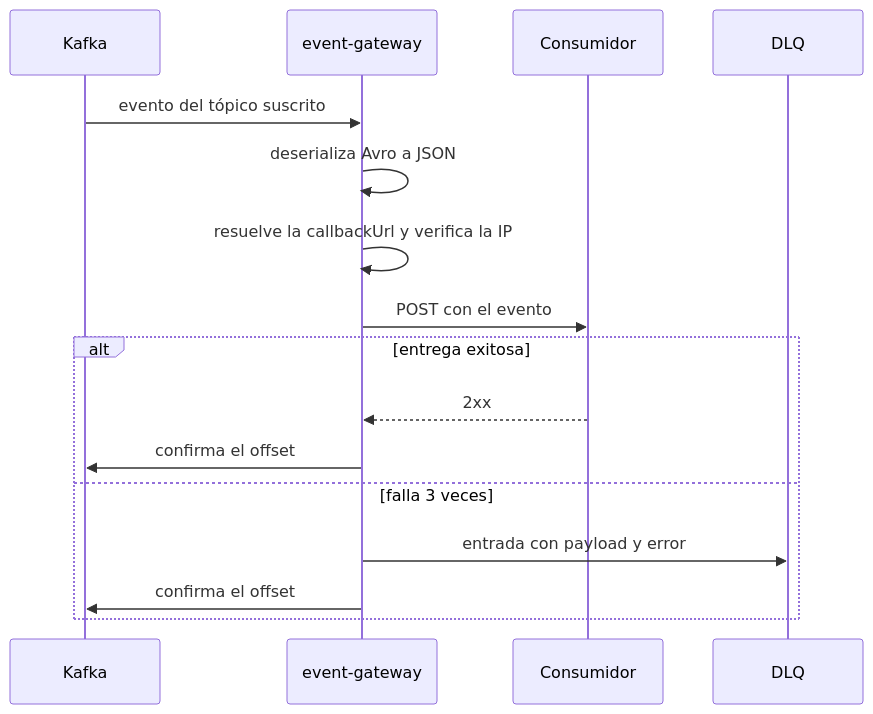
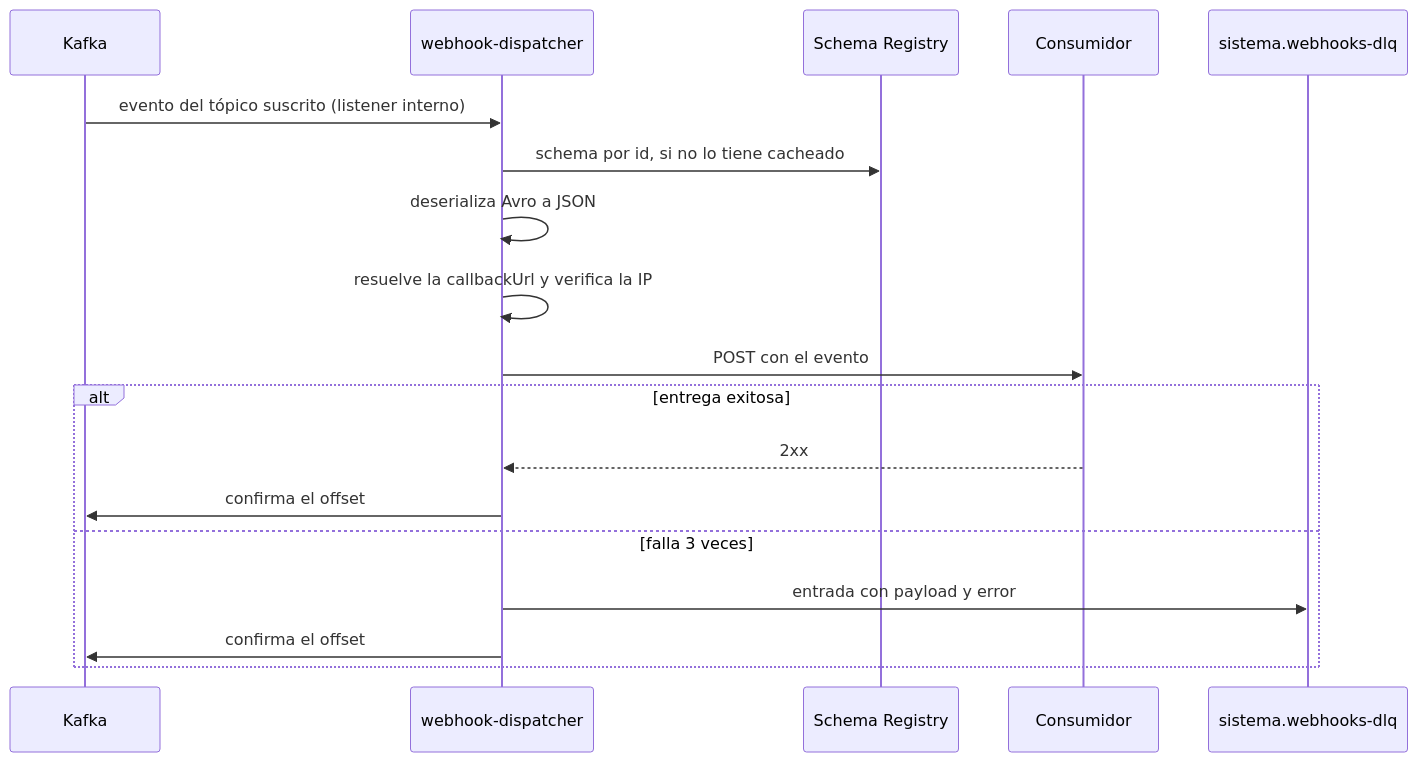
One commit to carlos-illobre/citypass-event-gateway changed the third of 3 diagrams in docs/ARCHITECTURE.md. Above: the diagram before and after it, drawn with Mermaid. The commit also changed other lines of this file and 111 other files, not shown here.

````diff
--- a/docs/ARCHITECTURE.md
+++ b/docs/ARCHITECTURE.md
@@ -348,19 +389,21 @@
 ```mermaid
 sequenceDiagram
     participant K as Kafka
-    participant G as event-gateway
+    participant W as webhook-dispatcher
+    participant R as Schema Registry
     participant C as Consumidor
-    participant D as DLQ
+    participant D as sistema.webhooks-dlq
 
-    K->>G: evento del tópico suscrito
-    G->>G: deserializa Avro a JSON
-    G->>G: resuelve la callbackUrl y verifica la IP
-    G->>C: POST con el evento
+    K->>W: evento del tópico suscrito (listener interno)
+    W->>R: schema por id, si no lo tiene cacheado
+    W->>W: deserializa Avro a JSON
+    W->>W: resuelve la callbackUrl y verifica la IP
+    W->>C: POST con el evento
     alt entrega exitosa
-        C-->>G: 2xx
-        G->>K: confirma el offset
+        C-->>W: 2xx
+        W->>K: confirma el offset
     else falla 3 veces
-        G->>D: entrada con payload y error
-        G->>K: confirma el offset
+        W->>D: entrada con payload y error
+        W->>K: confirma el offset
     end
 ```
````
